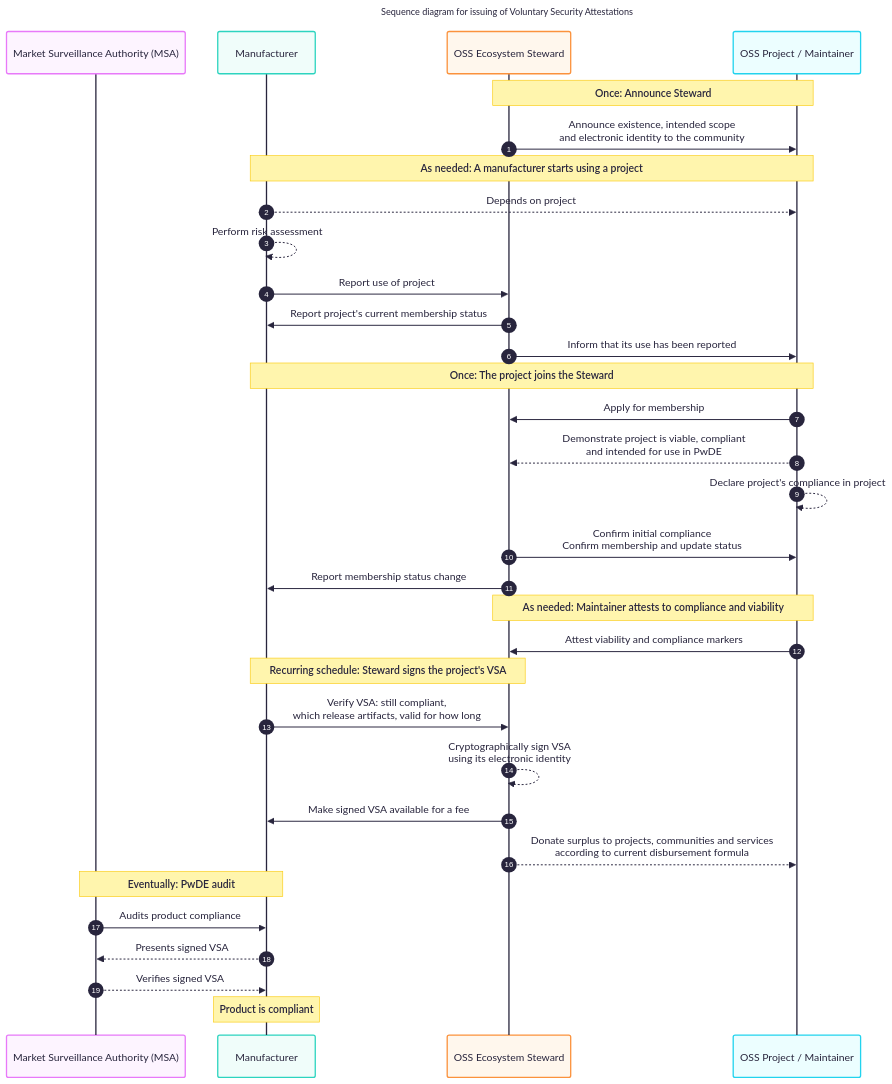
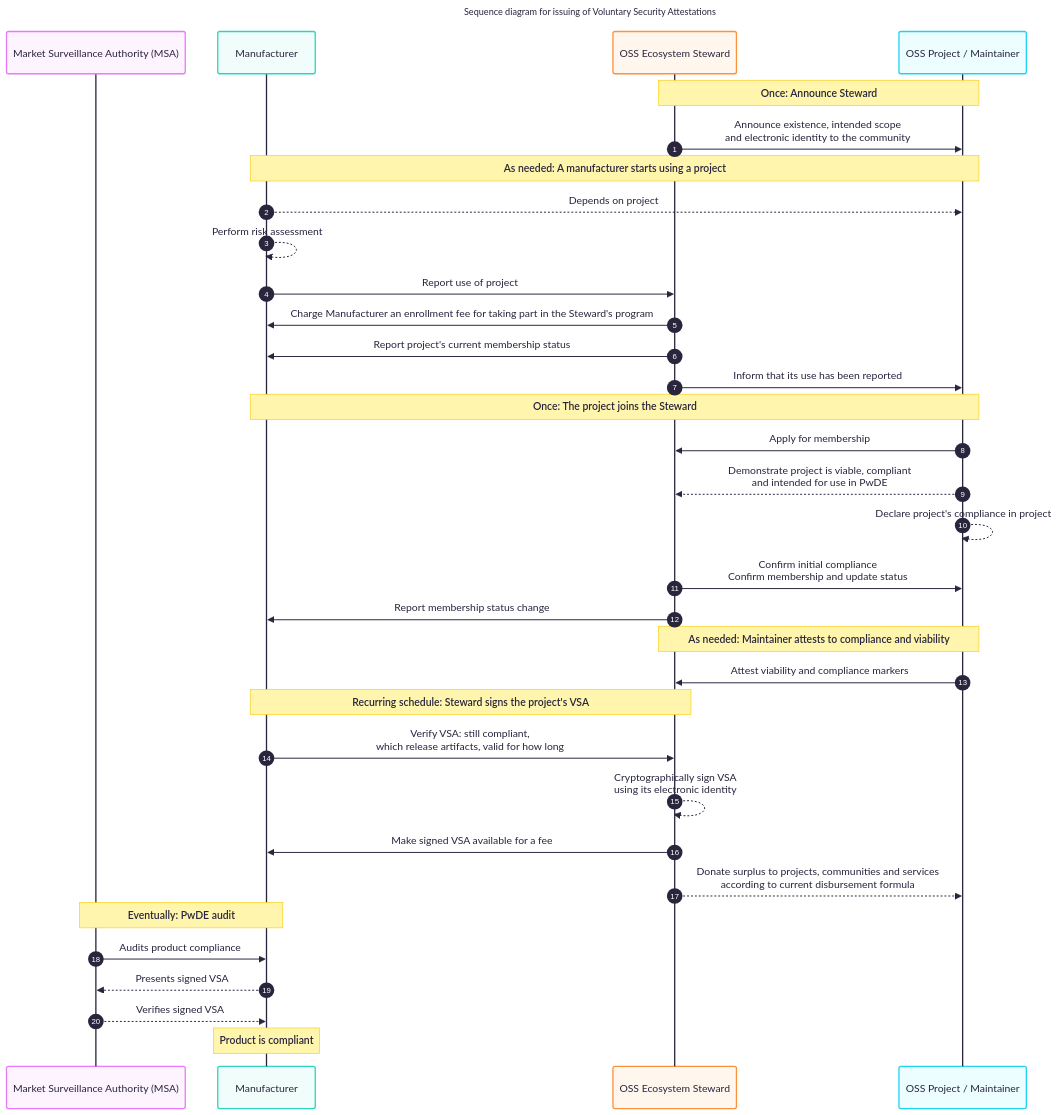
One commit to CPAN-Security/security.metacpan.org changed the diagram in docs/ecosystem-steward.md. Above: the diagram before and after it, drawn with Mermaid. The commit also changed other lines of this file, not shown here.

````diff
--- a/docs/ecosystem-steward.md
+++ b/docs/ecosystem-steward.md
@@ -262,41 +263,42 @@
 ```mermaid
 ---
 title: Sequence diagram for issuing of Voluntary Security Attestations
 config:
     theme: redux-color
     layout: elk
     look: classic
 ---
 sequenceDiagram
     autonumber
     participant MSA as Market Surveillance Authority (MSA)
     participant MFG as Manufacturer
     participant ES as OSS Ecosystem Steward
     participant OSS as OSS Project / Maintainer
     note over ES,OSS: Once: Announce Steward
     ES->>OSS: Announce existence, intended scope<br>and electronic identity to the community
     note over MFG,OSS: As needed: A manufacturer starts using a project
     MFG-->>OSS: Depends on project
     MFG-->>MFG: Perform risk assessment
     MFG->>ES: Report use of project
+    ES->>MFG: Charge Manufacturer an enrollment fee for taking part in the Steward's program
     ES->>MFG: Report project's current membership status
     ES->>OSS: Inform that its use has been reported
     note over MFG,OSS: Once: The project joins the Steward
     OSS->>ES: Apply for membership
     OSS-->>ES: Demonstrate project is viable, compliant<br>and intended for use in PwDE
     OSS-->>OSS: Declare project's compliance in project
     ES->>OSS: Confirm initial compliance<br>Confirm membership and update status
     ES->>MFG: Report membership status change
     note over ES,OSS: As needed: Maintainer attests to compliance and viability
     OSS->>ES: Attest viability and compliance markers
     note over MFG,ES: Recurring schedule: Steward signs the project's VSA
     MFG->>ES: Verify VSA: still compliant,<br>which release artifacts, valid for how long
     ES-->>ES: Cryptographically sign VSA<br>using its electronic identity
     ES->>MFG: Make signed VSA available for a fee
     ES-->>OSS: Donate surplus to projects, communities and services<br>according to current disbursement formula
     note over MSA,MFG: Eventually: PwDE audit
     MSA->>MFG: Audits product compliance
     MFG-->>MSA: Presents signed VSA
     MSA-->>MFG: Verifies signed VSA
     note over MFG: Product is compliant
 ```
````
